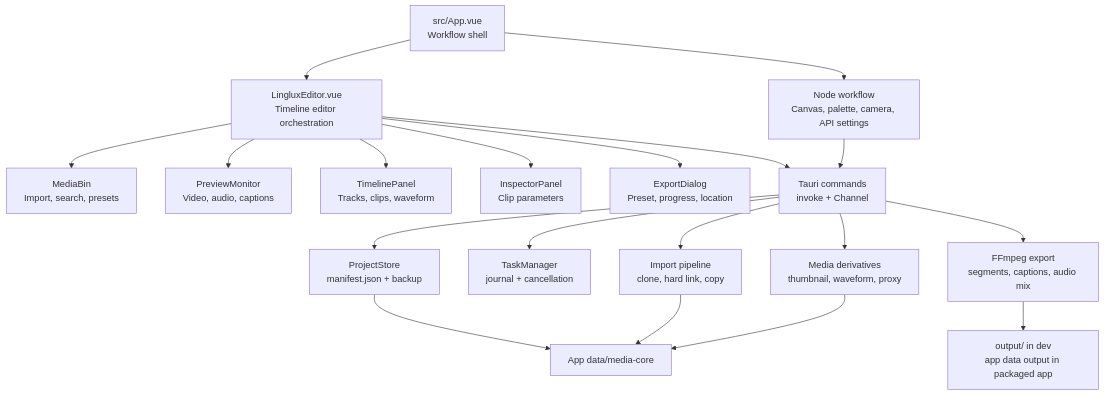
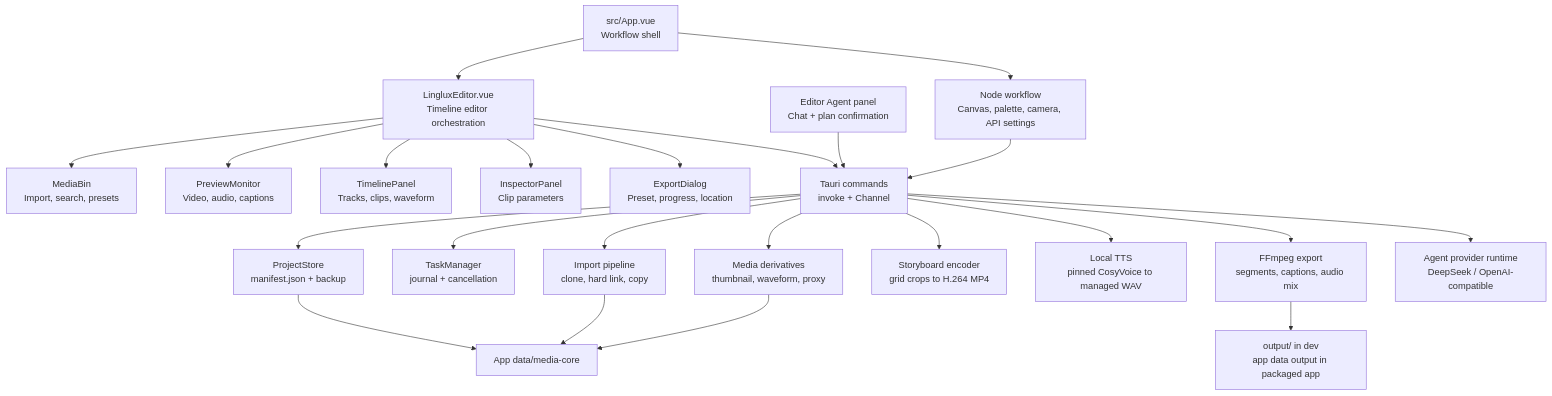
One commit to wrx012/linglux changed the diagram in DESIGN.md. Above: the diagram before and after it, drawn with Mermaid. The commit also changed other lines of this file and 46 other files, not shown here.

First line of the commit message:
feat(editor): add agent-driven media workflows

````diff
--- a/DESIGN.md
+++ b/DESIGN.md
@@ -95,25 +98,29 @@
 ```mermaid
 flowchart TD
   App["src/App.vue\nWorkflow shell"] --> Workflow["Node workflow\nCanvas, palette, camera, API settings"]
   App --> Editor["LingluxEditor.vue\nTimeline editor orchestration"]
 
   Editor --> Bin["MediaBin\nImport, search, presets"]
   Editor --> Preview["PreviewMonitor\nVideo, audio, captions"]
   Editor --> Timeline["TimelinePanel\nTracks, clips, waveform"]
   Editor --> Inspector["InspectorPanel\nClip parameters"]
   Editor --> ExportDialog["ExportDialog\nPreset, progress, location"]
 
   Editor --> Tauri["Tauri commands\ninvoke + Channel<TaskEvent>"]
+  Agent["Editor Agent panel\nChat + plan confirmation"] --> Tauri
   Workflow --> Tauri
 
   Tauri --> Store["ProjectStore\nmanifest.json + backup"]
   Tauri --> Tasks["TaskManager\njournal + cancellation"]
   Tauri --> Import["Import pipeline\nclone, hard link, copy"]
   Tauri --> Derivatives["Media derivatives\nthumbnail, waveform, proxy"]
+  Tauri --> Storyboard["Storyboard encoder\ngrid crops to H.264 MP4"]
+  Tauri --> TTS["Local TTS\npinned CosyVoice to managed WAV"]
   Tauri --> Export["FFmpeg export\nsegments, captions, audio mix"]
+  Tauri --> Provider["Agent provider runtime\nDeepSeek / OpenAI-compatible"]
 
   Store --> AppData["App data/media-core"]
   Import --> AppData
   Derivatives --> AppData
   Export --> DevOutput["output/ in dev\napp data output in packaged app"]
 ```
````
